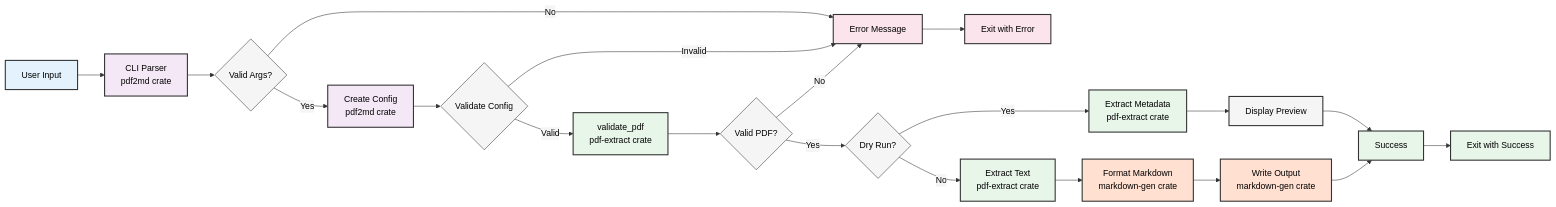
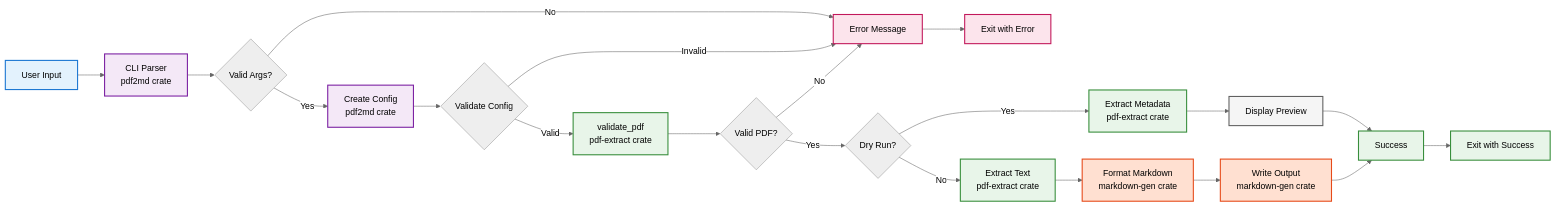
The fifth of 8 diagrams in wiki/Architecture-Diagrams.md (softwarewrighter/pdf2md), drawn with Mermaid before and after one commit. The commit also changed other lines of this file and 7 other files, not shown here.

First line of the commit message:
fix: update mermaid diagrams for GitHub dark mode compatibility

````diff
--- a/wiki/Architecture-Diagrams.md
+++ b/wiki/Architecture-Diagrams.md
@@ -257,37 +257,37 @@
 ```mermaid
-%%{init: {'theme':'base', 'themeVariables': {'primaryColor':'#f5f5f5','primaryTextColor':'#000','primaryBorderColor':'#333','lineColor':'#333','secondaryColor':'#f5f5f5','tertiaryColor':'#f5f5f5'}}}%%
+%%{init: {'theme':'neutral'}}%%
 flowchart LR
     A[User Input] --> B[CLI Parser<br/>pdf2md crate]
     B --> C{Valid Args?}
     C -->|No| D[Error Message]
     C -->|Yes| E[Create Config<br/>pdf2md crate]
     E --> F{Validate Config}
     F -->|Invalid| D
     F -->|Valid| G[validate_pdf<br/>pdf-extract crate]
     G --> H{Valid PDF?}
     H -->|No| D
     H -->|Yes| I{Dry Run?}
     I -->|Yes| J[Extract Metadata<br/>pdf-extract crate]
     I -->|No| K[Extract Text<br/>pdf-extract crate]
     J --> L[Display Preview]
     K --> M[Format Markdown<br/>markdown-gen crate]
     M --> N[Write Output<br/>markdown-gen crate]
     N --> O[Success]
     L --> O
     D --> P[Exit with Error]
     O --> Q[Exit with Success]
 
-    style A fill:#e3f2fd,stroke:#333,stroke-width:2px,color:#000
-    style B fill:#f4e8f7,stroke:#333,stroke-width:2px,color:#000
-    style E fill:#f4e8f7,stroke:#333,stroke-width:2px,color:#000
-    style G fill:#e8f5e9,stroke:#333,stroke-width:2px,color:#000
-    style J fill:#e8f5e9,stroke:#333,stroke-width:2px,color:#000
-    style K fill:#e8f5e9,stroke:#333,stroke-width:2px,color:#000
-    style M fill:#ffe0d1,stroke:#333,stroke-width:2px,color:#000
-    style N fill:#ffe0d1,stroke:#333,stroke-width:2px,color:#000
-    style D fill:#fce4ec,stroke:#333,stroke-width:2px,color:#000
-    style P fill:#fce4ec,stroke:#333,stroke-width:2px,color:#000
-    style O fill:#e8f5e9,stroke:#333,stroke-width:2px,color:#000
-    style Q fill:#e8f5e9,stroke:#333,stroke-width:2px,color:#000
-    style L fill:#f5f5f5,stroke:#333,stroke-width:2px,color:#000
+    style A fill:#e3f2fd,stroke:#1976d2,stroke-width:2px
+    style B fill:#f4e8f7,stroke:#7b1fa2,stroke-width:2px
+    style E fill:#f4e8f7,stroke:#7b1fa2,stroke-width:2px
+    style G fill:#e8f5e9,stroke:#388e3c,stroke-width:2px
+    style J fill:#e8f5e9,stroke:#388e3c,stroke-width:2px
+    style K fill:#e8f5e9,stroke:#388e3c,stroke-width:2px
+    style M fill:#ffe0d1,stroke:#e64a19,stroke-width:2px
+    style N fill:#ffe0d1,stroke:#e64a19,stroke-width:2px
+    style D fill:#fce4ec,stroke:#c2185b,stroke-width:2px
+    style P fill:#fce4ec,stroke:#c2185b,stroke-width:2px
+    style O fill:#e8f5e9,stroke:#388e3c,stroke-width:2px
+    style Q fill:#e8f5e9,stroke:#388e3c,stroke-width:2px
+    style L fill:#f5f5f5,stroke:#616161,stroke-width:2px
 ```
````
